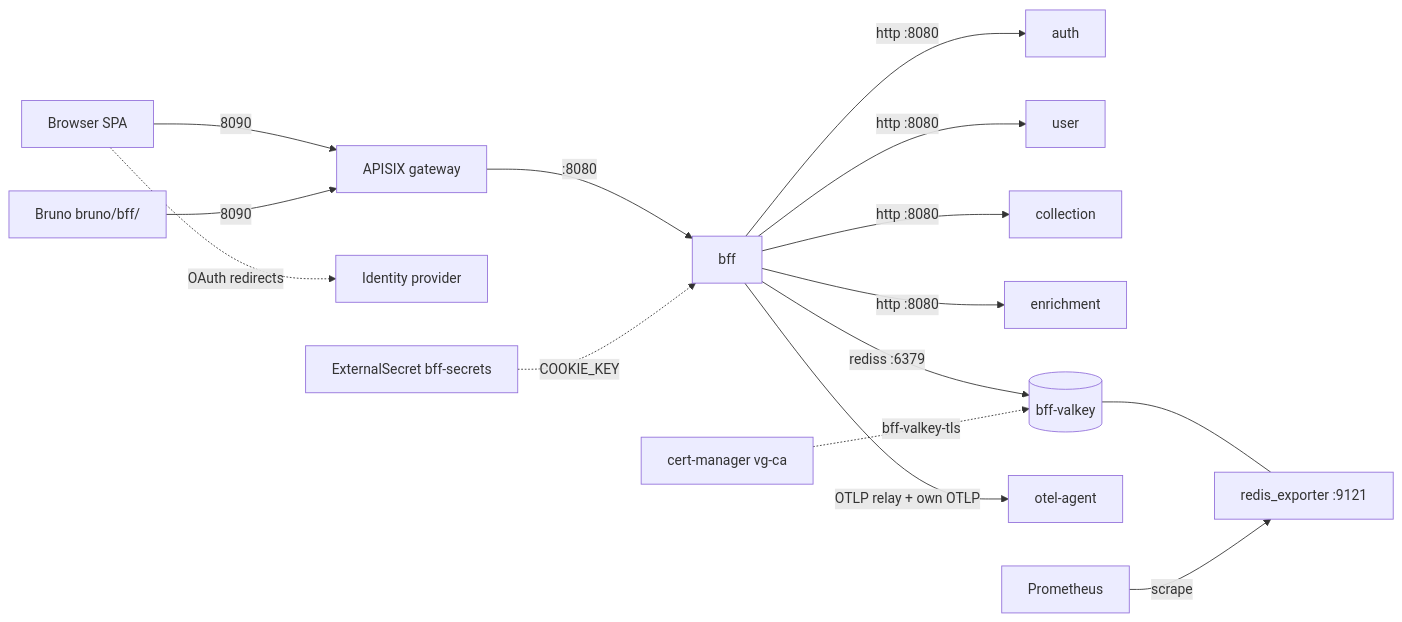
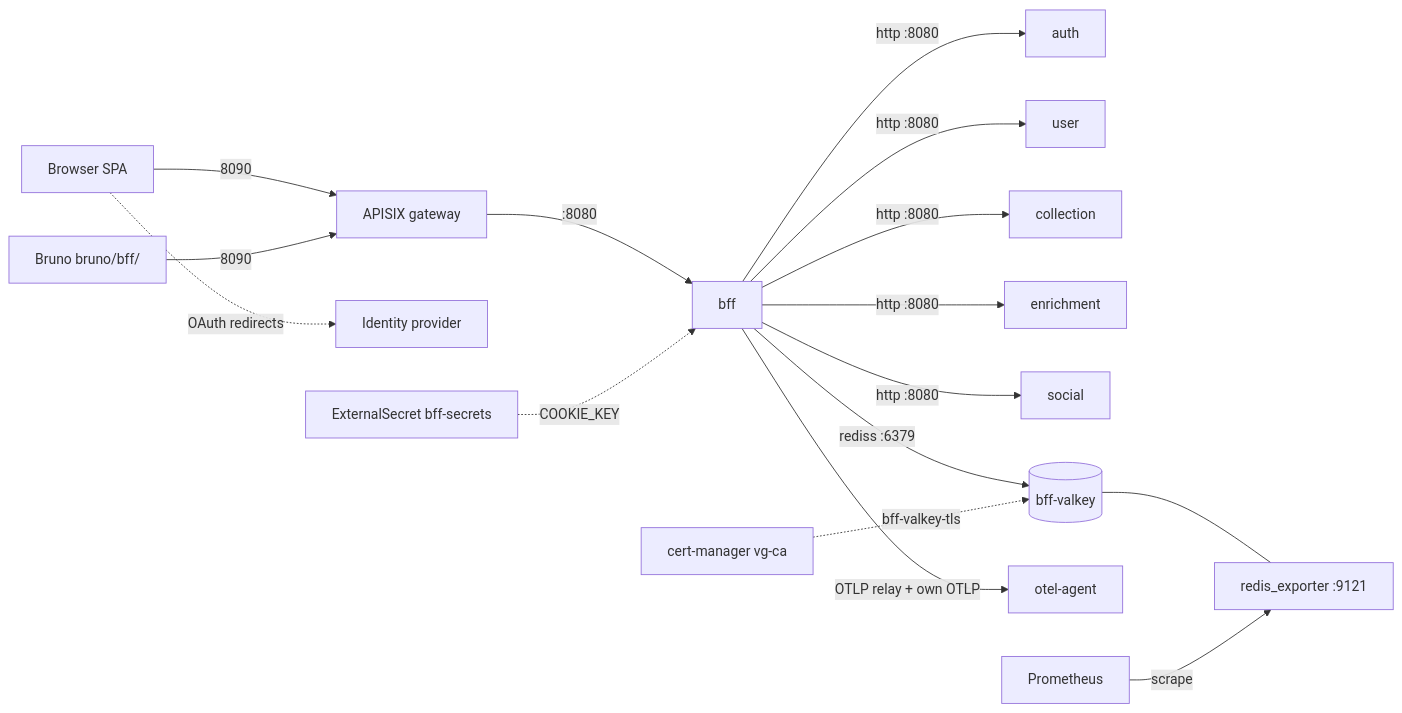
One commit to levonn-dev/vg-collect changed the first of 2 diagrams in docs/runbooks/bff.md. Above: the diagram before and after it, drawn with Mermaid. The commit also changed other lines of this file and 6 other files, not shown here.

Commit message:
docs: contract architecture, validation, and the generation chain

````diff
--- a/docs/runbooks/bff.md
+++ b/docs/runbooks/bff.md
@@ -37,17 +43,18 @@
 ```mermaid
 graph LR
     B[Browser SPA] -->|8090| G[APISIX gateway]
     B -.->|OAuth redirects| IDP[Identity provider]
     G -->|:8080| BFF[bff]
     BR["Bruno bruno/bff/"] -->|8090| G
     BFF -->|http :8080| AUTH[auth]
     BFF -->|http :8080| USER[user]
     BFF -->|http :8080| COLL[collection]
     BFF -->|http :8080| ENR[enrichment]
+    BFF -->|http :8080| SOC[social]
     BFF -->|rediss :6379| VK[(bff-valkey)]
     BFF -->|OTLP relay + own OTLP| OA[otel-agent]
     ESO[ExternalSecret bff-secrets] -.->|COOKIE_KEY| BFF
     CM[cert-manager vg-ca] -.->|bff-valkey-tls| VK
     VK --- EXP[redis_exporter :9121]
     PROM[Prometheus] -->|scrape| EXP
 ```
````
